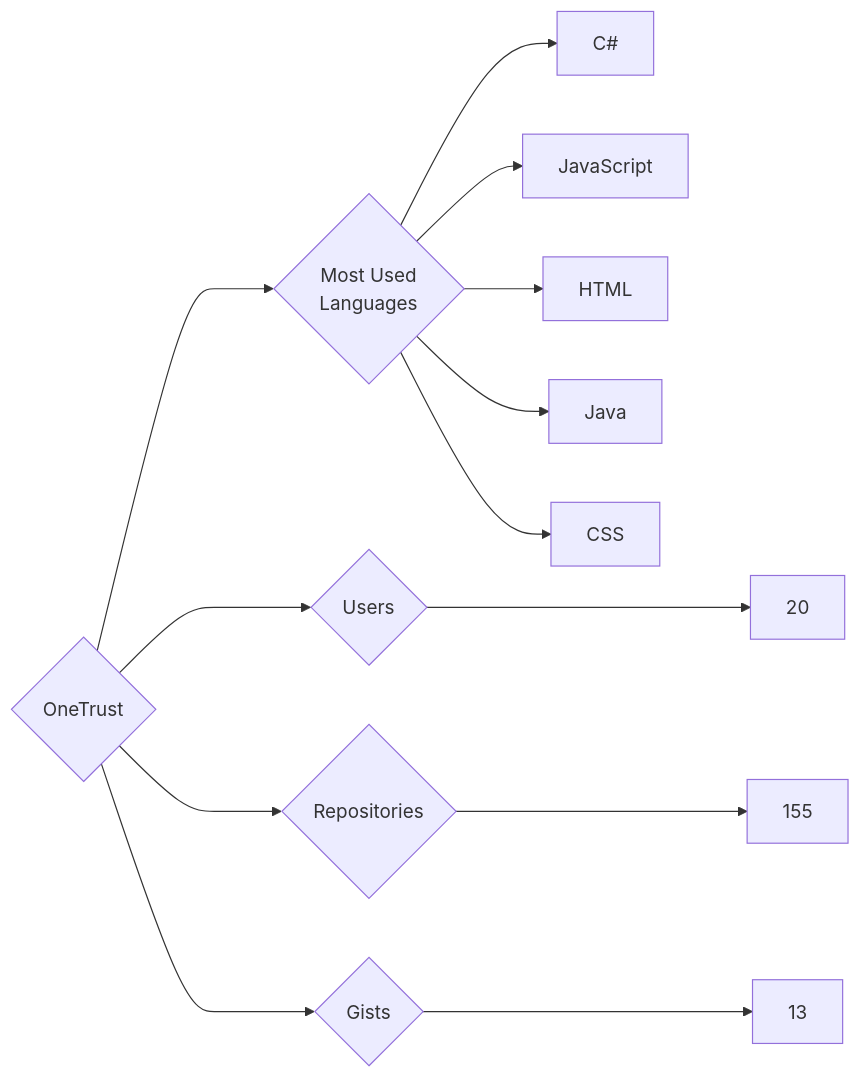
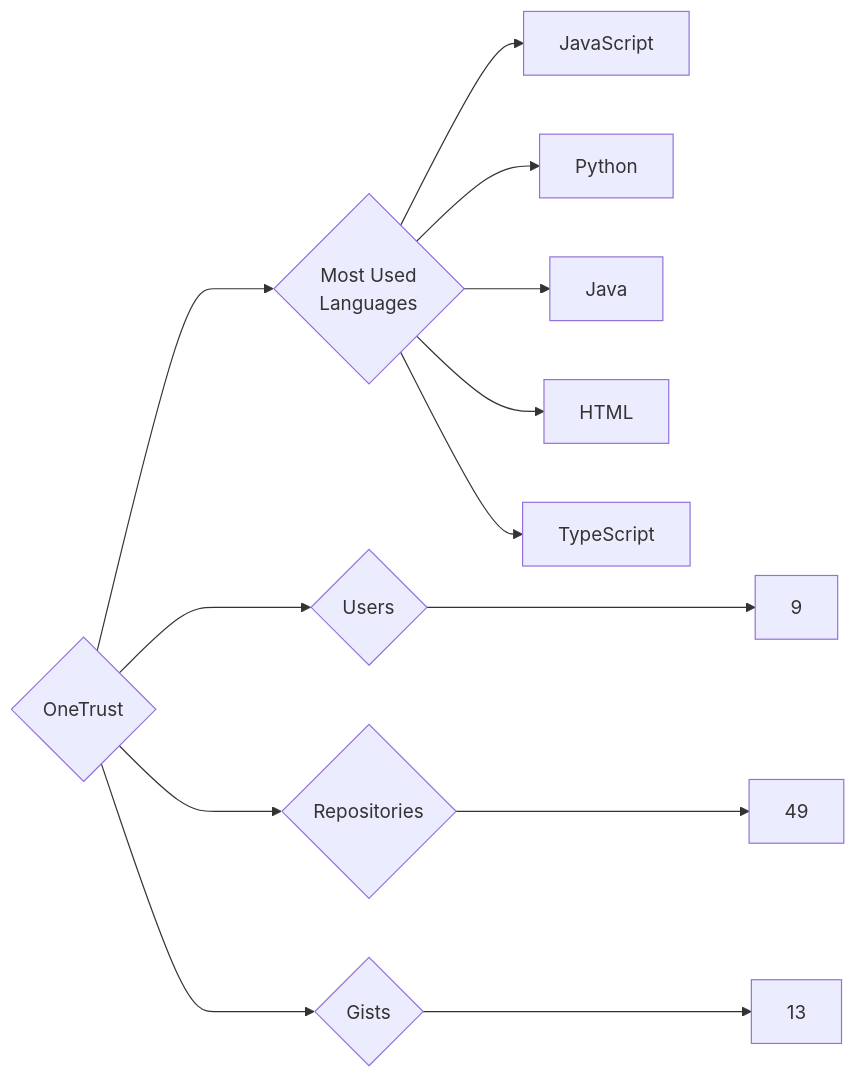
The diagram in targets/OneTrust/README.md (trickest/insiders), drawn with Mermaid before and after one commit. The commit also changed 948 other files, not shown here.

````diff
--- a/targets/OneTrust/README.md
+++ b/targets/OneTrust/README.md
@@ -3,13 +3,13 @@
 ```mermaid
 graph LR
 COMPANY_NAME{OneTrust}
-COMPANY_NAME ---> U{Users} ---> UN[20]
-COMPANY_NAME ---> R{Repositories} ---> RN[155]
+COMPANY_NAME ---> U{Users} ---> UN[9]
+COMPANY_NAME ---> R{Repositories} ---> RN[49]
 COMPANY_NAME ---> G{Gists} ---> GN[13]
 COMPANY_NAME ---> ML{Most Used<br>Languages}
-ML --> C#[C#]
 ML --> JavaScript[JavaScript]
+ML --> Python[Python]
+ML --> Java[Java]
 ML --> HTML[HTML]
-ML --> Java[Java]
-ML --> CSS[CSS]
+ML --> TypeScript[TypeScript]
 ```
````
